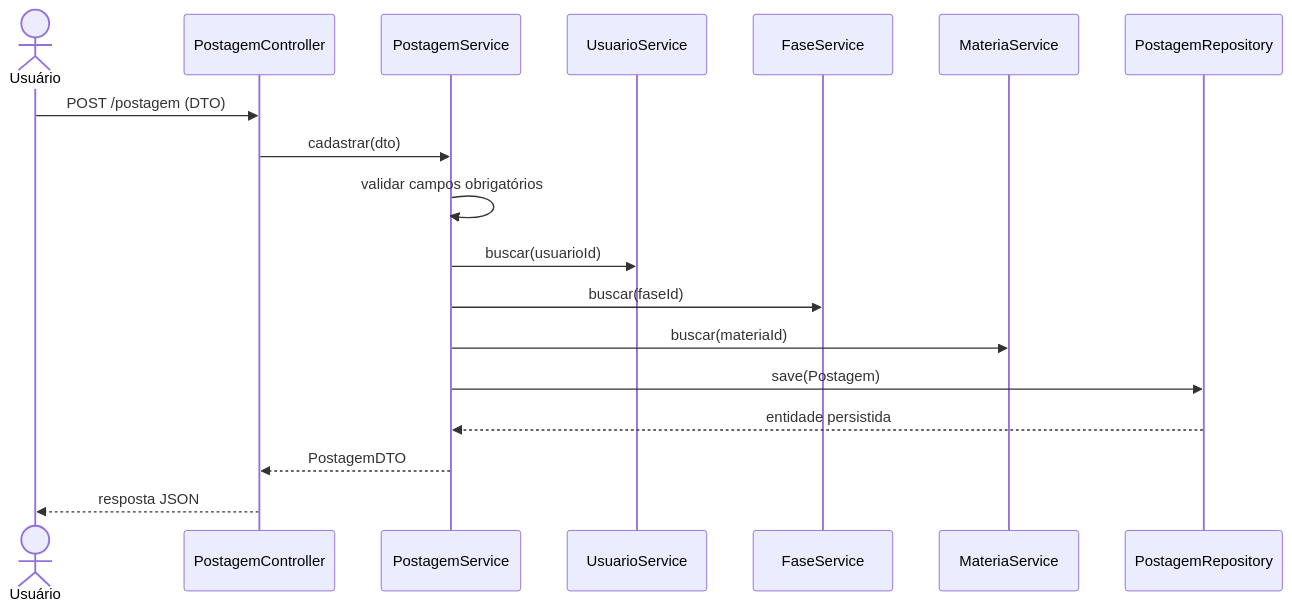
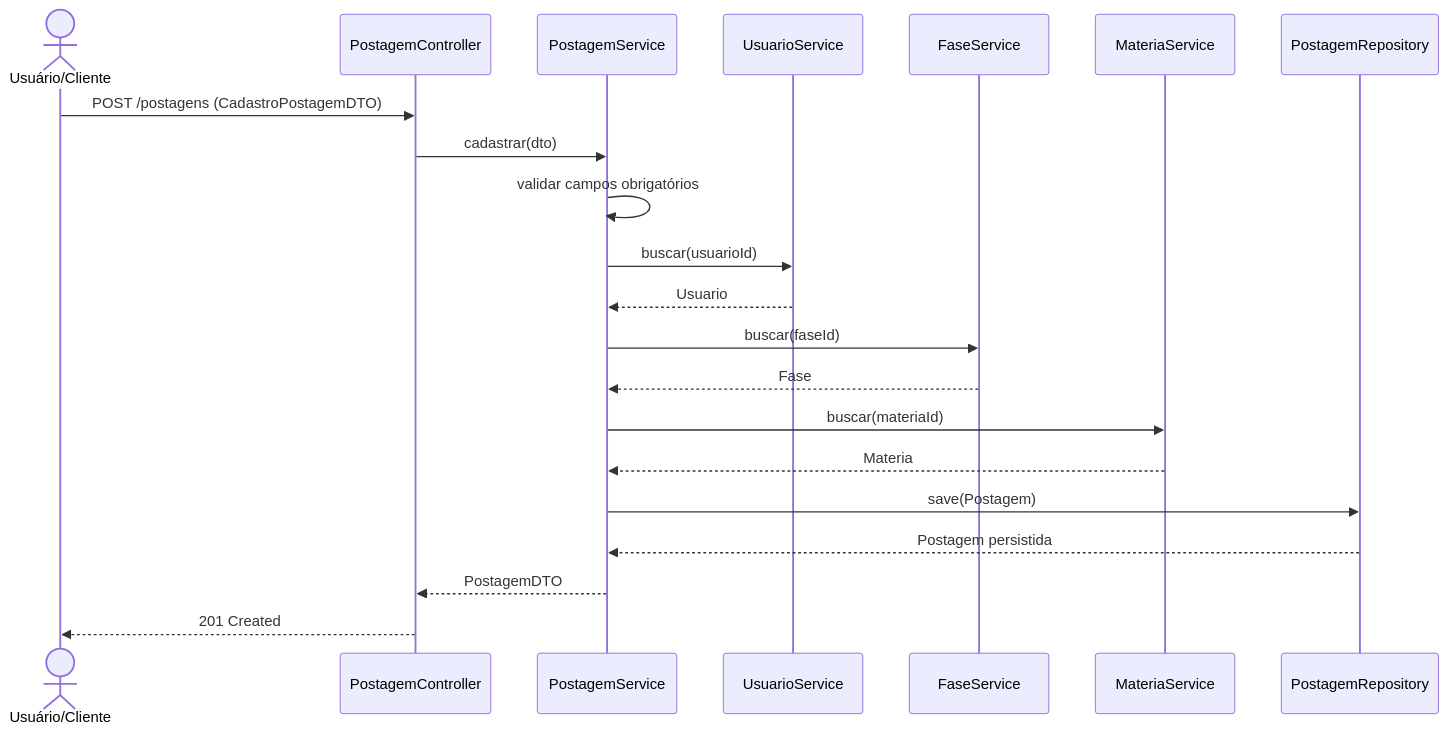
One commit to anaclat/prosigaa changed the fourth of 6 diagrams in backend/docs/ARQUITETURA_E_MODELO.md. Above: the diagram before and after it, drawn with Mermaid. The commit also changed other lines of this file, not shown here.

Commit message:
docs: atualiza diagrama de classes com enums

````diff
--- a/backend/docs/ARQUITETURA_E_MODELO.md
+++ b/backend/docs/ARQUITETURA_E_MODELO.md
@@ -142,20 +169,23 @@
 ```mermaid
 sequenceDiagram
-    actor U as Usuário
+    actor U as Usuário/Cliente
     participant C as PostagemController
     participant S as PostagemService
-    participant UR as UsuarioService
-    participant FR as FaseService
-    participant MR as MateriaService
+    participant US as UsuarioService
+    participant FS as FaseService
+    participant MS as MateriaService
     participant R as PostagemRepository
-    U->>C: POST /postagem (DTO)
+    U->>C: POST /postagens (CadastroPostagemDTO)
     C->>S: cadastrar(dto)
     S->>S: validar campos obrigatórios
-    S->>UR: buscar(usuarioId)
-    S->>FR: buscar(faseId)
-    S->>MR: buscar(materiaId)
+    S->>US: buscar(usuarioId)
+    US-->>S: Usuario
+    S->>FS: buscar(faseId)
+    FS-->>S: Fase
+    S->>MS: buscar(materiaId)
+    MS-->>S: Materia
     S->>R: save(Postagem)
-    R-->>S: entidade persistida
+    R-->>S: Postagem persistida
     S-->>C: PostagemDTO
-    C-->>U: resposta JSON
+    C-->>U: 201 Created
 ```
````
